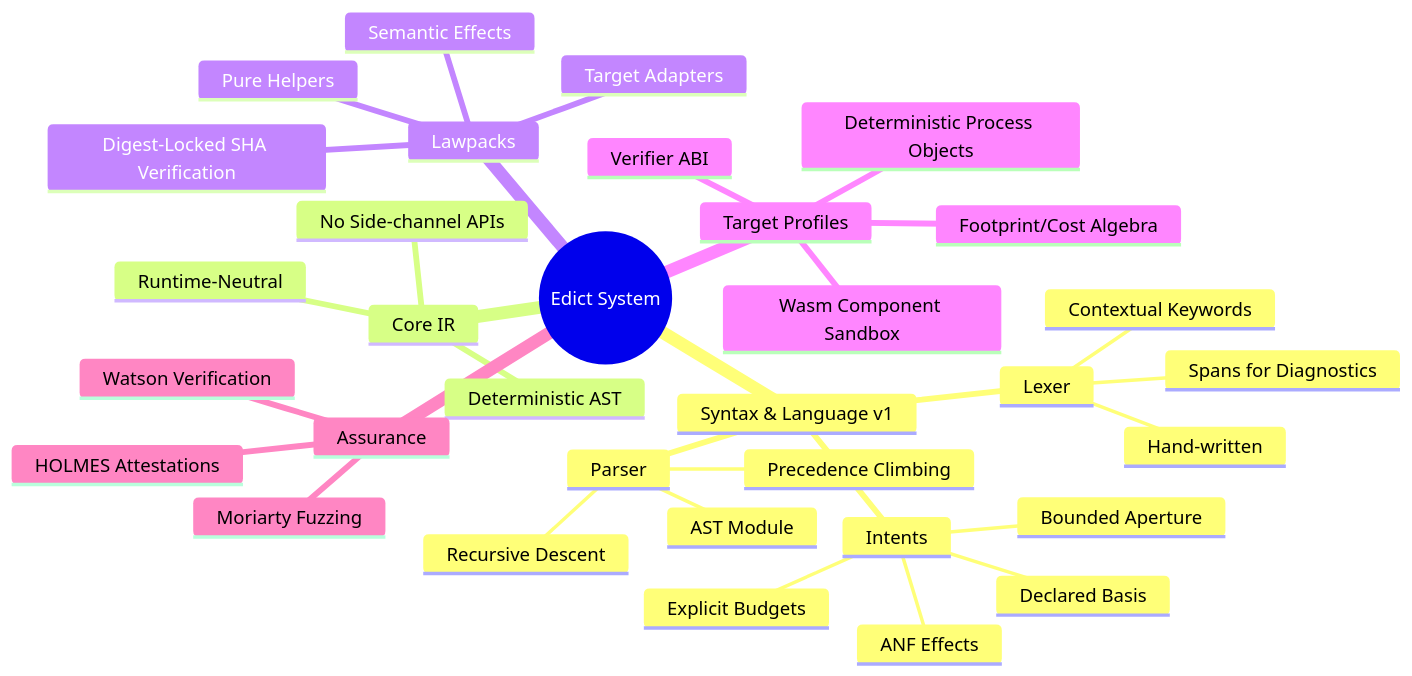
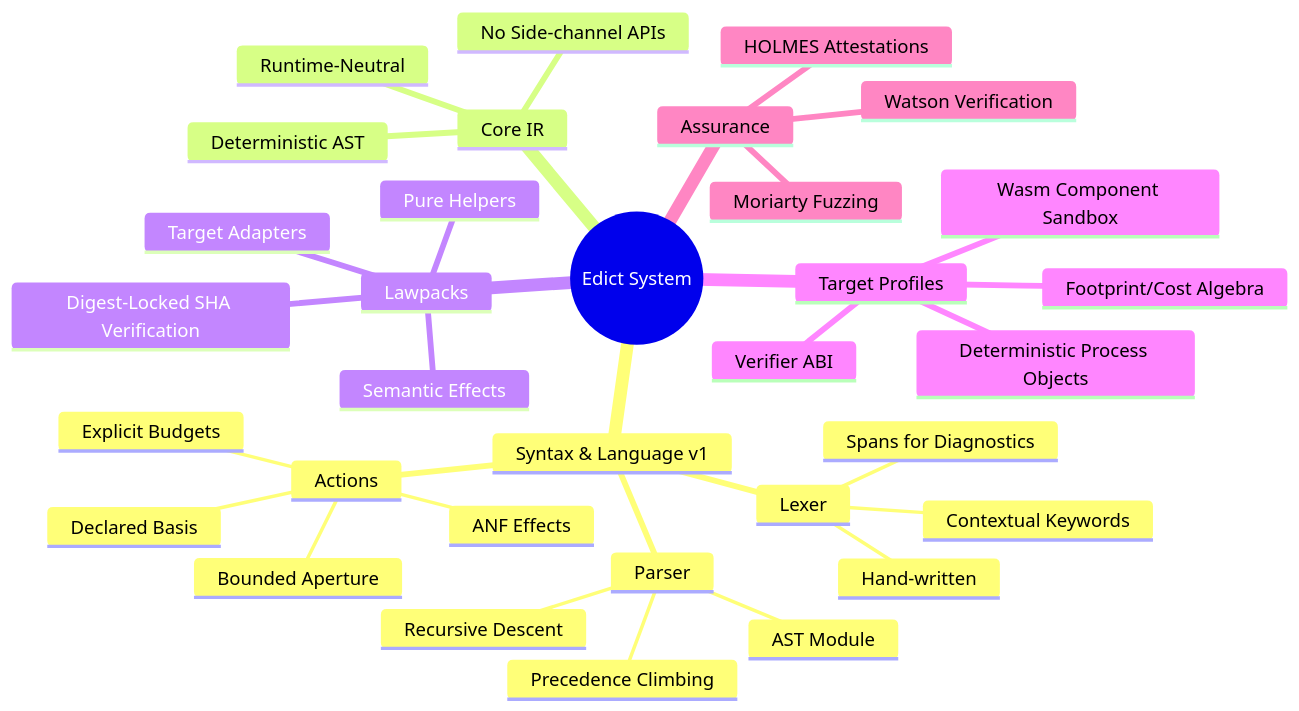
One commit to flyingrobots/edict changed the first of 4 diagrams in docs/TECHNICAL_EXPLANATION.md. Above: the diagram before and after it, drawn with Mermaid. The commit also changed other lines of this file and 107 other files, not shown here.

````diff
--- a/docs/TECHNICAL_EXPLANATION.md
+++ b/docs/TECHNICAL_EXPLANATION.md
@@ -20,36 +20,36 @@
 ```mermaid
 mindmap
   root((Edict System))
     Syntax & Language v1
       Lexer
         Hand-written
         Contextual Keywords
         Spans for Diagnostics
       Parser
         Recursive Descent
         Precedence Climbing
         AST Module
-      Intents
+      Actions
         Bounded Aperture
         Declared Basis
         Explicit Budgets
         ANF Effects
     Core IR
       Runtime-Neutral
       Deterministic AST
       No Side-channel APIs
     Lawpacks
       Pure Helpers
       Semantic Effects
       Digest-Locked SHA Verification
       Target Adapters
     Target Profiles
       Deterministic Process Objects
       Wasm Component Sandbox
       Footprint/Cost Algebra
       Verifier ABI
     Assurance
       HOLMES Attestations
       Watson Verification
       Moriarty Fuzzing
 ```
````
